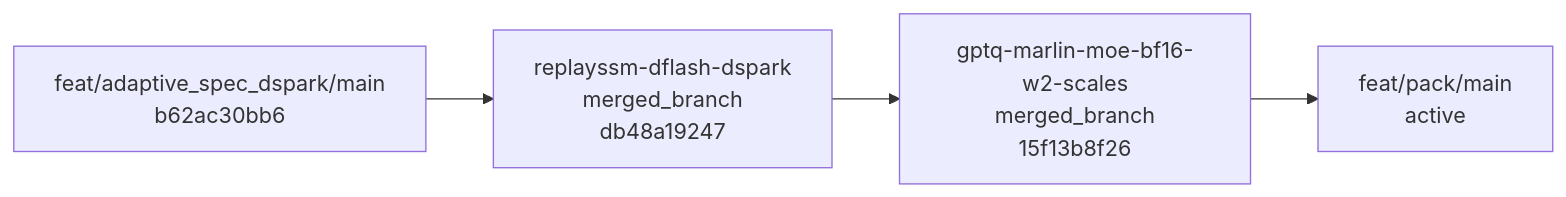
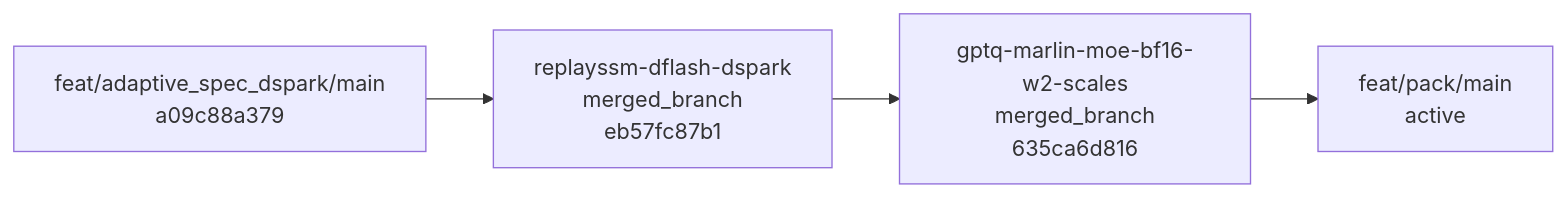
The second of 4 diagrams in BRANCH_GRAPH.md (EanWang211123/sglang), drawn with Mermaid before and after one commit. The commit also changed other lines of this file and 4 other files, not shown here.

````diff
--- a/BRANCH_GRAPH.md
+++ b/BRANCH_GRAPH.md
@@ -56,12 +57,12 @@
 ```mermaid
 flowchart LR
-    stack_base_adaptive_dspark_replayssm_gptq_marlin_pack["feat/adaptive_spec_dspark/main<br/>b62ac30bb6"]
-    stack_adaptive_dspark_replayssm_gptq_marlin_pack_1["replayssm-dflash-dspark<br/>merged_branch<br/>db48a19247"]
+    stack_base_adaptive_dspark_replayssm_gptq_marlin_pack["feat/adaptive_spec_dspark/main<br/>a09c88a379"]
+    stack_adaptive_dspark_replayssm_gptq_marlin_pack_1["replayssm-dflash-dspark<br/>merged_branch<br/>eb57fc87b1"]
     stack_base_adaptive_dspark_replayssm_gptq_marlin_pack --> stack_adaptive_dspark_replayssm_gptq_marlin_pack_1
     click stack_adaptive_dspark_replayssm_gptq_marlin_pack_1 "https://github.com/sgl-project/sglang/pull/36683"
-    stack_adaptive_dspark_replayssm_gptq_marlin_pack_2["gptq-marlin-moe-bf16-w2-scales<br/>merged_branch<br/>15f13b8f26"]
+    stack_adaptive_dspark_replayssm_gptq_marlin_pack_2["gptq-marlin-moe-bf16-w2-scales<br/>merged_branch<br/>635ca6d816"]
     stack_adaptive_dspark_replayssm_gptq_marlin_pack_1 --> stack_adaptive_dspark_replayssm_gptq_marlin_pack_2
     click stack_adaptive_dspark_replayssm_gptq_marlin_pack_2 "https://github.com/sgl-project/sglang/pull/35955"
     stack_output_adaptive_dspark_replayssm_gptq_marlin_pack["feat/pack/main<br/>active"]
     stack_adaptive_dspark_replayssm_gptq_marlin_pack_2 --> stack_output_adaptive_dspark_replayssm_gptq_marlin_pack
 ```
````
